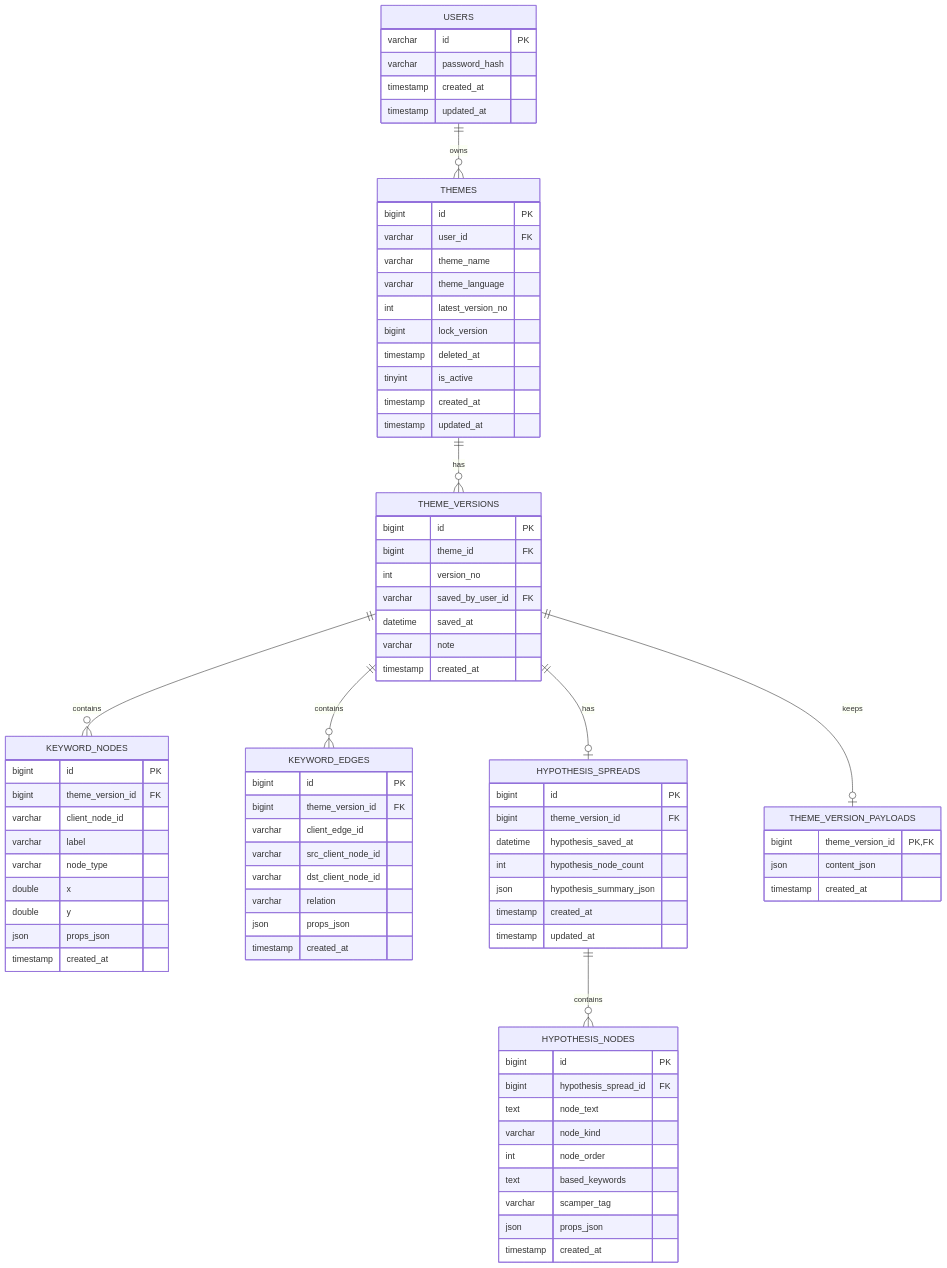
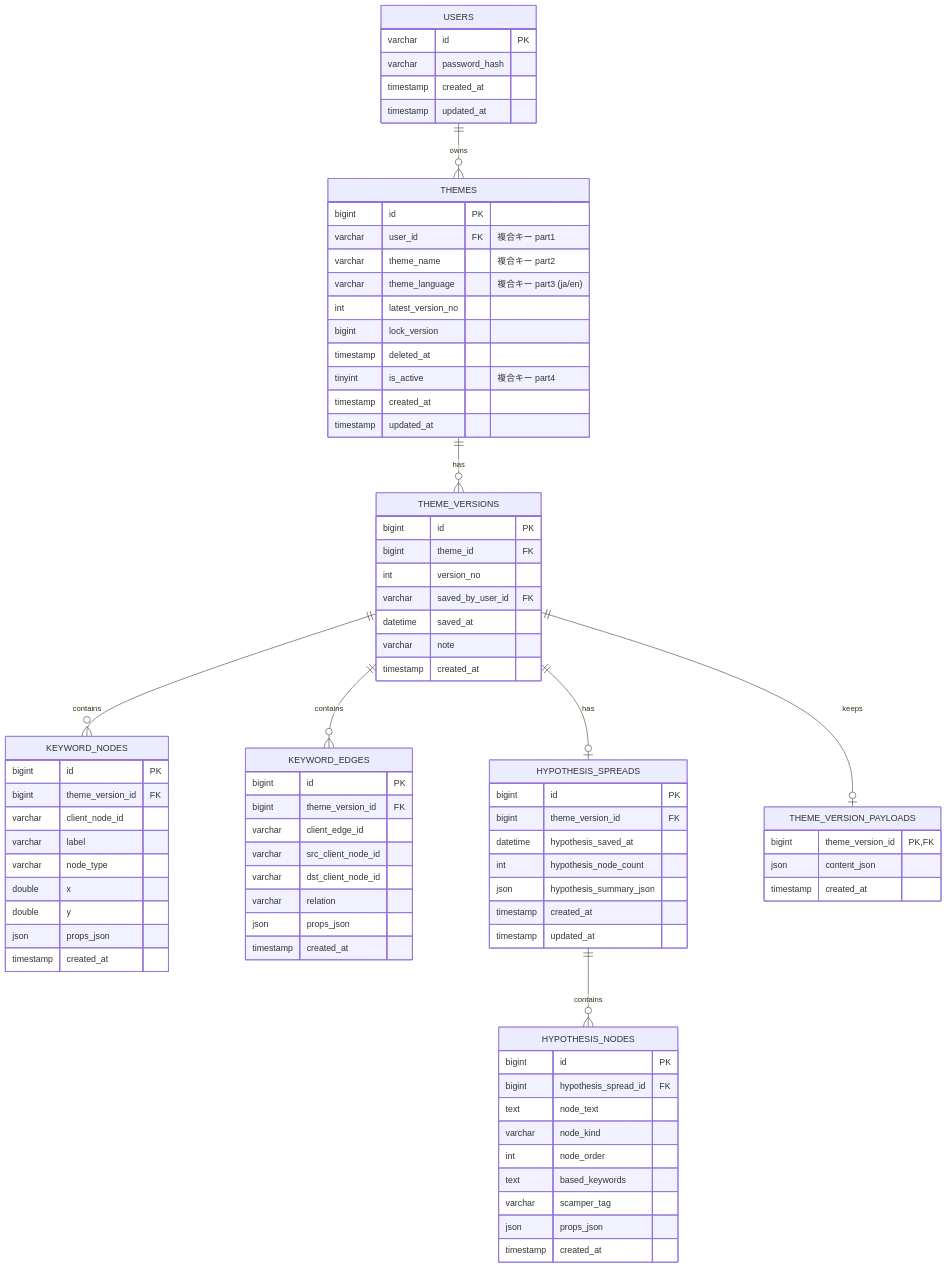
One commit to Yusei-Tanaka/MyProject changed the second of 2 diagrams in docs/db-redesign-v2.md. Above: the diagram before and after it, drawn with Mermaid. The commit also changed other lines of this file and 2 other files, not shown here.

```diff
--- a/docs/db-redesign-v2.md
+++ b/docs/db-redesign-v2.md
@@ -257,13 +311,13 @@
 
     THEMES {
       bigint id PK
-      varchar user_id FK
-      varchar theme_name
-      varchar theme_language
+      varchar user_id FK "複合キー part1"
+      varchar theme_name "複合キー part2"
+      varchar theme_language "複合キー part3 (ja/en)"
       int latest_version_no
       bigint lock_version
       timestamp deleted_at
-      tinyint is_active
+      tinyint is_active "複合キー part4"
       timestamp created_at
       timestamp updated_at
     }
```
